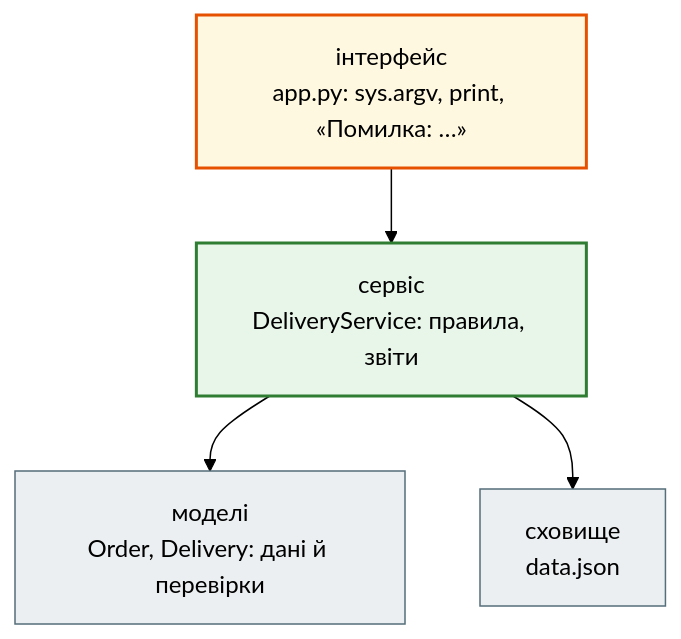
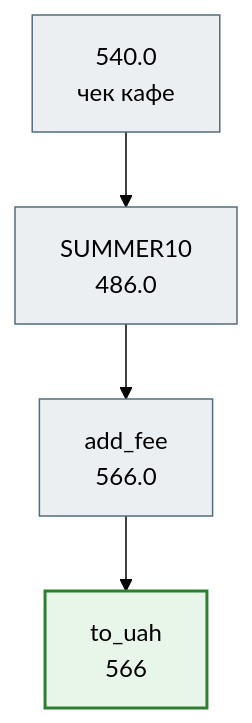
One commit to AlinaRadchenko/PY-Course-Victor-Nikoriak-22-09-2026 changed the second of 2 diagrams in docs/modules/m2/lesson_19.md. Above: the diagram before and after it, drawn with Mermaid (forest theme). The commit also changed other lines of this file and 1846 other files, not shown here.

````diff
--- a/docs/modules/m2/lesson_19.md
+++ b/docs/modules/m2/lesson_19.md
@@ -482,16 +445,15 @@
 ```mermaid
 flowchart TD
     classDef step     fill:#eceff1,stroke:#546e7a,stroke-width:1px;
     classDef decision fill:#e3f2fd,stroke:#1565c0,stroke-width:2px;
     classDef success  fill:#e8f5e9,stroke:#2e7d32,stroke-width:2px;
     classDef error    fill:#ffebee,stroke:#c62828,stroke-width:3px;
     classDef warning  fill:#fff8e1,stroke:#e65100,stroke-width:2px;
 
-    UI["інтерфейс<br>app.py: sys.argv, print, «Помилка: …»"] --> SVC["сервіс<br>DeliveryService: правила, звіти"]
-    SVC --> MOD["моделі<br>Order, Delivery: дані й перевірки"]
-    SVC --> ST["сховище<br>data.json"]
+    A["540.0<br>чек кафе"] --> B["SUMMER10<br>486.0"]
+    B --> C["add_fee<br>566.0"]
+    C --> D["to_uah<br>566"]
 
-    class UI warning
-    class SVC success
-    class MOD,ST step
+    class A,B,C step
+    class D success
 ```
````
